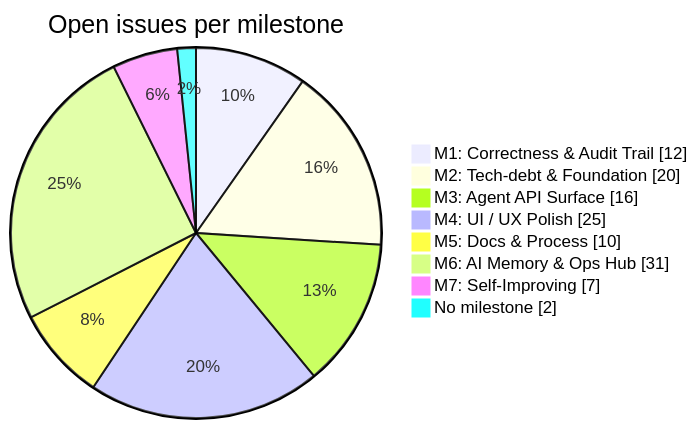
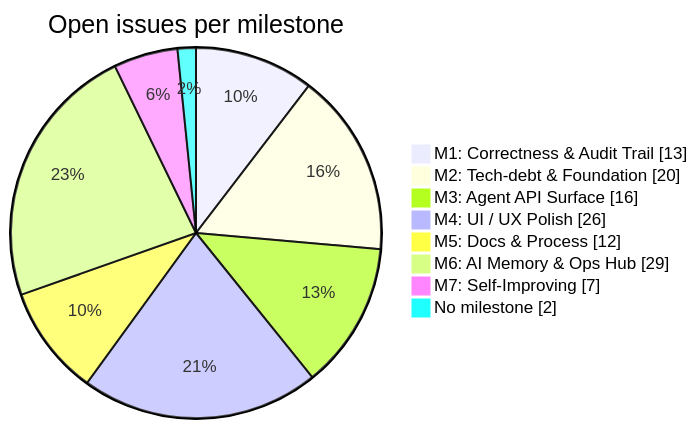
The diagram in docs/BACKLOG.md (joelfuller2016/KanbanFlow-v2), drawn with Mermaid before and after one commit. The commit also changed other lines of this file and 1 other file, not shown here.

````diff
--- a/docs/BACKLOG.md
+++ b/docs/BACKLOG.md
@@ -44,12 +44,12 @@
 ```mermaid
 pie showData
     title Open issues per milestone
-    "M1: Correctness & Audit Trail" : 12
+    "M1: Correctness & Audit Trail" : 13
     "M2: Tech-debt & Foundation" : 20
     "M3: Agent API Surface" : 16
-    "M4: UI / UX Polish" : 25
-    "M5: Docs & Process" : 10
-    "M6: AI Memory & Ops Hub" : 31
+    "M4: UI / UX Polish" : 26
+    "M5: Docs & Process" : 12
+    "M6: AI Memory & Ops Hub" : 29
     "M7: Self-Improving" : 7
     "No milestone" : 2
 ```
````
